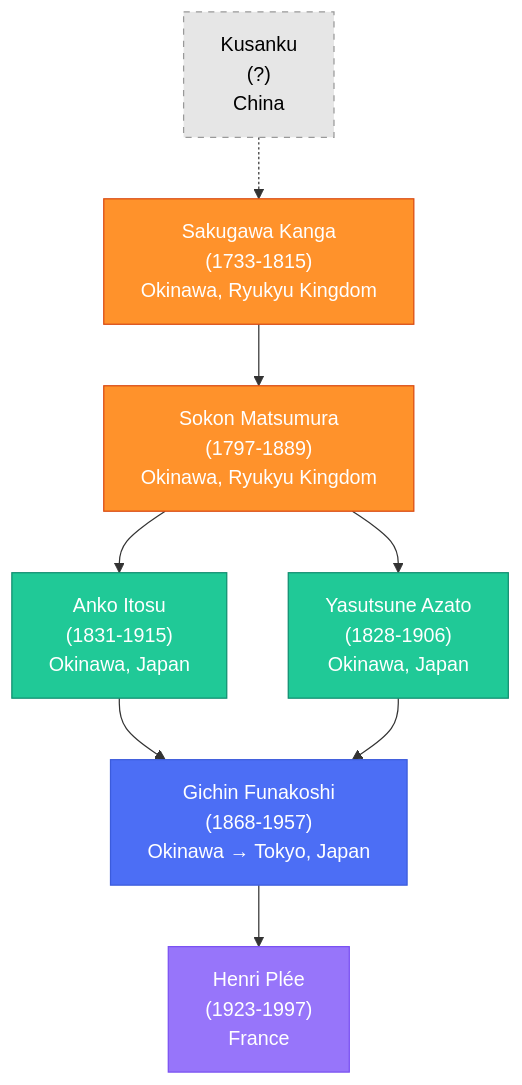
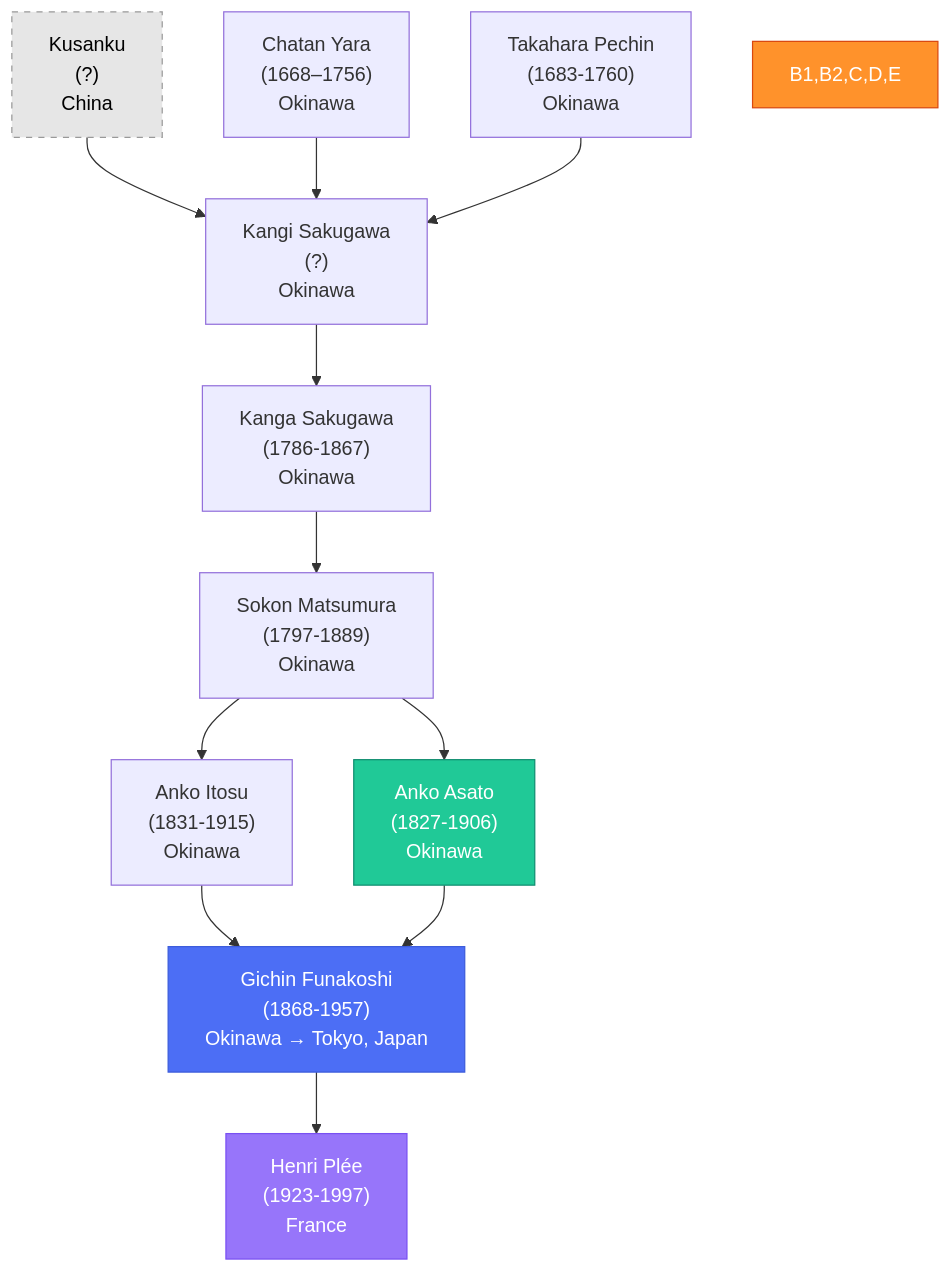
Before and after one commit to NicolasPA/kcsuresnes: the diagram in pages/lignee.md, drawn with Mermaid.

Commit message:
Update lineage diagram in lignee.md

````diff
--- a/pages/lignee.md
+++ b/pages/lignee.md
@@ -3,19 +3,25 @@
 ```mermaid
 graph TD
-    A["Kusanku<br/>(?)<br/>China"]
-    -.-> B["Sakugawa Kanga<br/>(1733-1815)<br/>Okinawa, Ryukyu Kingdom"]
-    --> C["Sokon Matsumura<br/>(1797-1889)<br/>Okinawa, Ryukyu Kingdom"]
-    --> D["Anko Itosu<br/>(1831-1915)<br/>Okinawa, Japan"]
-    C --> E["Yasutsune Azato<br/>(1828-1906)<br/>Okinawa, Japan"]
+    A1["Kusanku<br/>(?)<br/>China"]
+    A2["Chatan Yara<br/>(1668–1756)<br/>Okinawa"]
+    A3["Takahara Pechin<br/>(1683-1760)<br/>Okinawa"]
+    B1["Kangi Sakugawa<br/>(?)<br/>Okinawa"]
+    A1 --> B1
+    A2 --> B1
+    A3 --> B1
+    --> B2["Kanga Sakugawa<br/>(1786-1867)<br/>Okinawa"]
+    --> C["Sokon Matsumura<br/>(1797-1889)<br/>Okinawa"]
+    --> D["Anko Itosu<br/>(1831-1915)<br/>Okinawa"]
+    C --> E["Anko Asato<br/>(1827-1906)<br/>Okinawa"]
     D --> F["Gichin Funakoshi<br/>(1868-1957)<br/>Okinawa → Tokyo, Japan"]
     E --> F
     --> G["Henri Plée<br/>(1923-1997)<br/>France"]
         
-    style A fill:#e6e6e6,stroke:#999999,color:#000,stroke-dasharray: 5 5
-    style B fill:#ff922b,stroke:#d9480f,color:#fff
-    style C fill:#ff922b,stroke:#d9480f,color:#fff
-    style D fill:#20c997,stroke:#0f8d6f,color:#fff
+    style A1 fill:#e6e6e6,stroke:#999999,color:#000,stroke-dasharray: 5 5
+    style B1,B2,C,D,E fill:#ff922b,stroke:#d9480f,color:#fff
+    style F fill:#ff922b,stroke:#d9480f,color:#fff
+    style G fill:#20c997,stroke:#0f8d6f,color:#fff
     style E fill:#20c997,stroke:#0f8d6f,color:#fff
     style F fill:#4c6ef5,stroke:#3b5bdb,color:#fff
     style G fill:#9775fa,stroke:#7950f2,color:#fff
 ```
````
